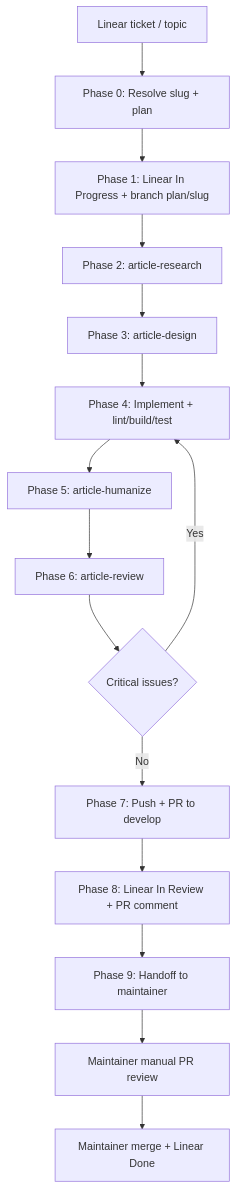
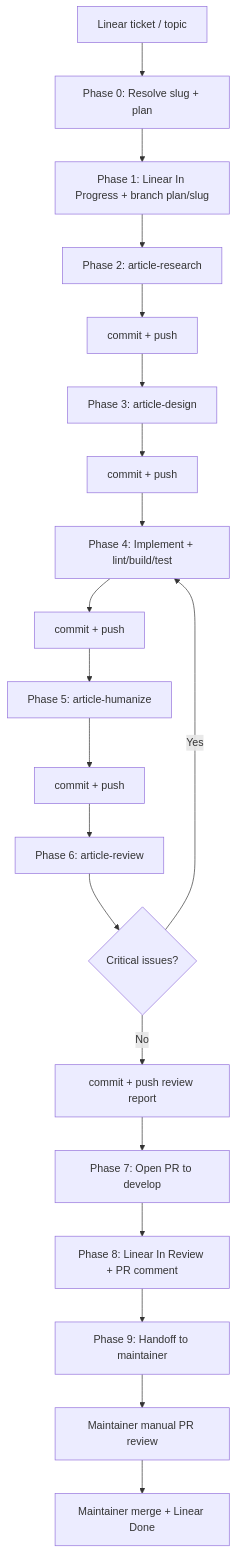
The diagram in .cursor/skills/ship-article/pipeline-overview.md (Coalescence-Labs/LookingGlass), drawn with Mermaid before and after one commit. The commit also changed 3 other files, not shown here.

First line of the commit message:
ship-article: require commit and push after every phase

````diff
--- a/.cursor/skills/ship-article/pipeline-overview.md
+++ b/.cursor/skills/ship-article/pipeline-overview.md
@@ -5,17 +5,22 @@
 ```mermaid
 flowchart TD
   A[Linear ticket / topic] --> B[Phase 0: Resolve slug + plan]
   B --> C[Phase 1: Linear In Progress + branch plan/slug]
   C --> D[Phase 2: article-research]
-  D --> E[Phase 3: article-design]
-  E --> F[Phase 4: Implement + lint/build/test]
-  F --> G[Phase 5: article-humanize]
-  G --> H[Phase 6: article-review]
+  D --> D2[commit + push]
+  D2 --> E[Phase 3: article-design]
+  E --> E2[commit + push]
+  E2 --> F[Phase 4: Implement + lint/build/test]
+  F --> F2[commit + push]
+  F2 --> G[Phase 5: article-humanize]
+  G --> G2[commit + push]
+  G2 --> H[Phase 6: article-review]
   H --> I{Critical issues?}
   I -->|Yes| F
-  I -->|No| J[Phase 7: Push + PR to develop]
+  I -->|No| H2[commit + push review report]
+  H2 --> J[Phase 7: Open PR to develop]
   J --> K[Phase 8: Linear In Review + PR comment]
   K --> L[Phase 9: Handoff to maintainer]
   L --> M[Maintainer manual PR review]
   M --> N[Maintainer merge + Linear Done]
 ```
````
